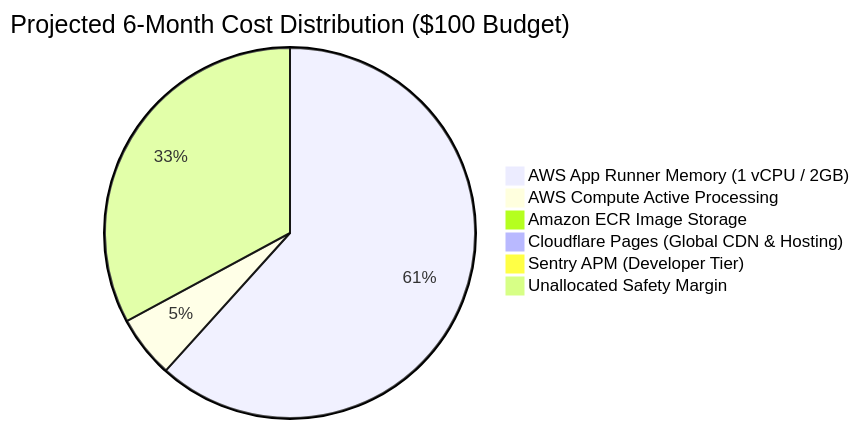
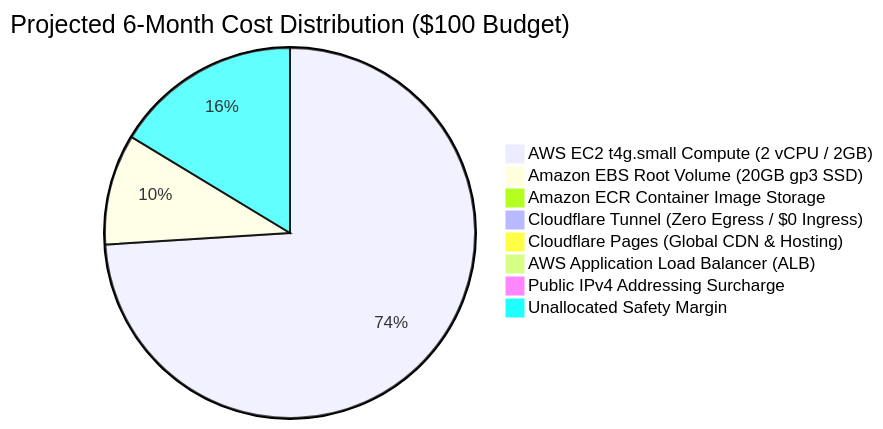
Before and after one commit to martins-ngene/connectrank: the first of 3 diagrams in docs/DEPLOYMENT.md, drawn with Mermaid. The commit also changed other lines of this file and 4 other files, not shown here.

````diff
--- a/docs/DEPLOYMENT.md
+++ b/docs/DEPLOYMENT.md
@@ -18,9 +19,11 @@
 ```mermaid
 pie title Projected 6-Month Cost Distribution ($100 Budget)
-    "AWS App Runner Memory (1 vCPU / 2GB)" : 61.32
-    "AWS Compute Active Processing" : 5.40
-    "Amazon ECR Image Storage" : 0.60
+    "AWS EC2 t4g.small Compute (2 vCPU / 2GB)" : 73.56
+    "Amazon EBS Root Volume (20GB gp3 SSD)" : 9.60
+    "Amazon ECR Container Image Storage" : 0.60
+    "Cloudflare Tunnel (Zero Egress / $0 Ingress)" : 0.00
     "Cloudflare Pages (Global CDN & Hosting)" : 0.00
-    "Sentry APM (Developer Tier)" : 0.00
-    "Unallocated Safety Margin" : 32.68
+    "AWS Application Load Balancer (ALB)" : 0.00
+    "Public IPv4 Addressing Surcharge" : 0.00
+    "Unallocated Safety Margin" : 16.24
 ```
````
